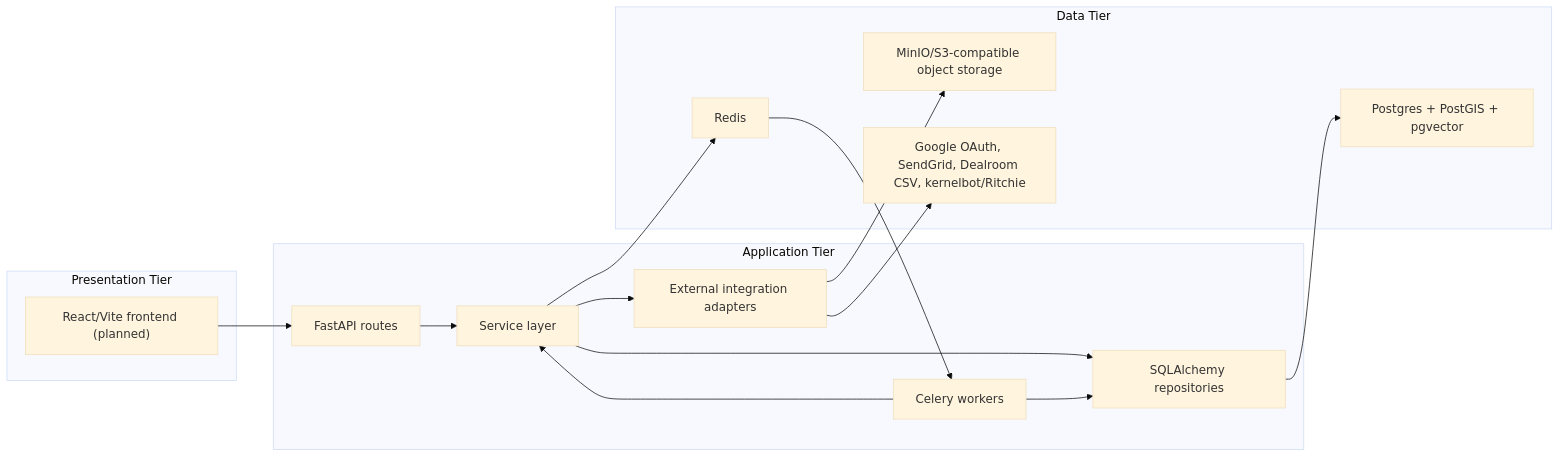
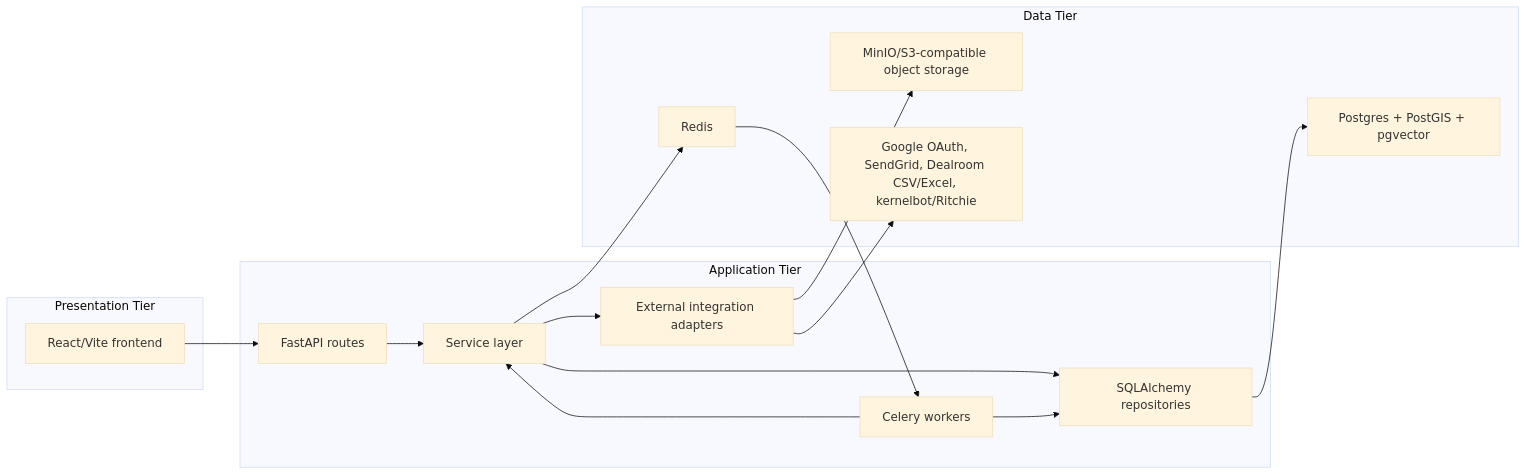
The second of 7 diagrams in DESIGN_DOC.md (ShaneGiro/1829-Ventures), drawn with Mermaid (base theme) before and after one commit. The commit also changed other lines of this file and 24 other files, not shown here.

````diff
--- a/DESIGN_DOC.md
+++ b/DESIGN_DOC.md
@@ -202,33 +256,33 @@
 ```mermaid
 flowchart LR
     subgraph Presentation["Presentation Tier"]
-        FE["React/Vite frontend (planned)"]
+        FE["React/Vite frontend"]
     end
 
     subgraph Application["Application Tier"]
         API["FastAPI routes"]
         Services["Service layer"]
         Repos["SQLAlchemy repositories"]
         Workers["Celery workers"]
         Integrations["External integration adapters"]
     end
 
     subgraph Data["Data Tier"]
         PG["Postgres + PostGIS + pgvector"]
         Redis["Redis"]
         S3["MinIO/S3-compatible object storage"]
-        External["Google OAuth, SendGrid, Dealroom CSV, kernelbot/Ritchie"]
+        External["Google OAuth, SendGrid, Dealroom CSV/Excel, kernelbot/Ritchie"]
     end
 
     FE --> API
     API --> Services
     Services --> Repos
     Repos --> PG
     Services --> Integrations
     Integrations --> S3
     Integrations --> External
     Services --> Redis
     Redis --> Workers
     Workers --> Services
     Workers --> Repos
 ```
````
